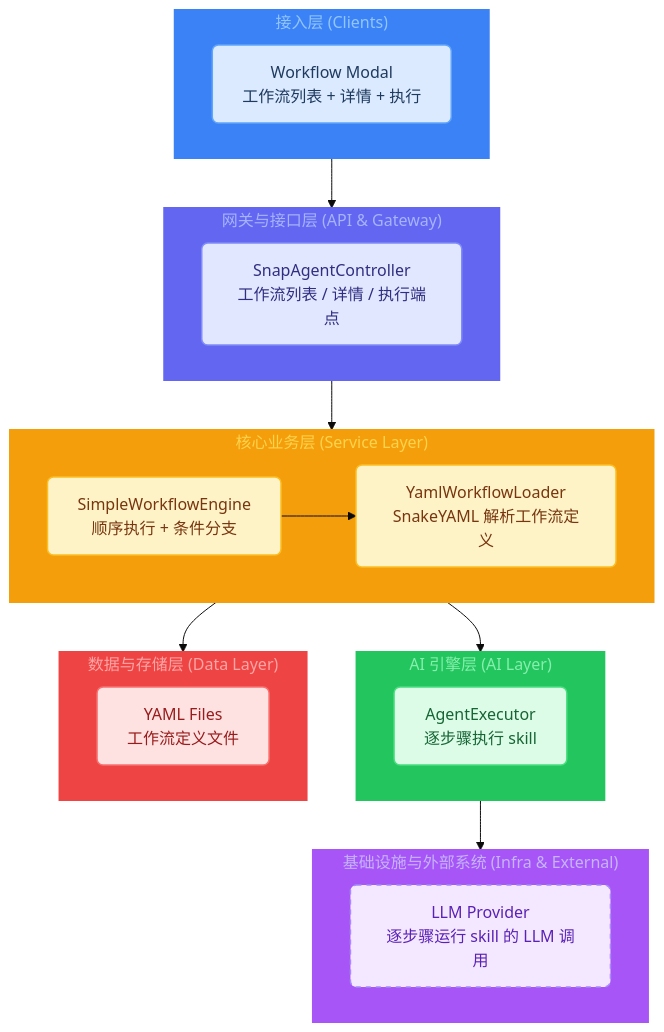
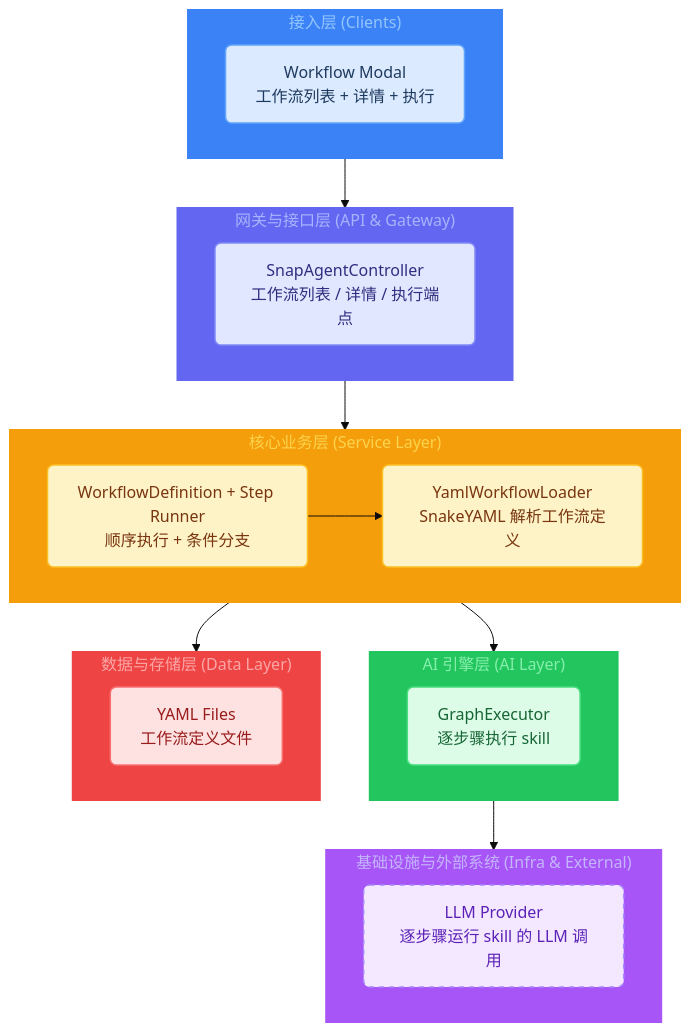
The diagram in docs/site/workflow/workflow-architecture.mmd (watson-song/snap-agent), drawn with Mermaid (base theme) before and after one commit. The commit also changed 47 other files, not shown here.

First line of the commit message:
docs: update all documentation for architecture deepening

```diff
--- a/docs/site/workflow/workflow-architecture.mmd
+++ b/docs/site/workflow/workflow-architecture.mmd
@@ -1,60 +1,60 @@
 graph TD
     %% ===== Glassmorphism Node Classes =====
     classDef client fill:#dbeafe,stroke:#60a5fa,stroke-width:1.5px,color:#1e3a5f,rx:6px,ry:6px
     classDef api fill:#e0e7ff,stroke:#818cf8,stroke-width:1.5px,color:#312e81,rx:6px,ry:6px
     classDef service fill:#fef3c7,stroke:#fbbf24,stroke-width:1.5px,color:#78350f,rx:6px,ry:6px
     classDef ai fill:#dcfce7,stroke:#4ade80,stroke-width:1.5px,color:#166534,rx:6px,ry:6px
     classDef storage fill:#fee2e2,stroke:#f87171,stroke-width:1.5px,color:#991b1b,rx:6px,ry:6px
     classDef external fill:#f3e8ff,stroke:#a78bfa,stroke-width:1.5px,stroke-dasharray: 5 5,color:#5b21b6,rx:6px,ry:6px
 
     subgraph Client ["接入层 (Clients)"]
         direction LR
         Modal["Workflow Modal<br/>工作流列表 + 详情 + 执行"]
     end
 
     subgraph Gateway ["网关与接口层 (API & Gateway)"]
         direction LR
         Controller["SnapAgentController<br/>工作流列表 / 详情 / 执行端点"]
     end
 
     subgraph Service ["核心业务层 (Service Layer)"]
         direction LR
-        Engine["SimpleWorkflowEngine<br/>顺序执行 + 条件分支"]
+        Engine["WorkflowDefinition + Step Runner<br/>顺序执行 + 条件分支"]
         Loader["YamlWorkflowLoader<br/>SnakeYAML 解析工作流定义"]
     end
 
     subgraph AI ["AI 引擎层 (AI Layer)"]
         direction LR
-        Executor["AgentExecutor<br/>逐步骤执行 skill"]
+        Executor["GraphExecutor<br/>逐步骤执行 skill"]
     end
 
     subgraph Data ["数据与存储层 (Data Layer)"]
         direction LR
         YAML["YAML Files<br/>工作流定义文件"]
     end
 
     subgraph External ["基础设施与外部系统 (Infra & External)"]
         direction LR
         LLM["LLM Provider<br/>逐步骤运行 skill 的 LLM 调用"]
     end
 
     Modal --> Controller
     Controller --> Engine
     Engine --> Loader
     Loader --> YAML
     Engine --> Executor
     Executor --> LLM
 
     style Client fill:#3b82f6,stroke:#3b82f6,stroke-width:2px,color:#93c5fd
     style Gateway fill:#6366f1,stroke:#6366f1,stroke-width:2px,color:#a5b4fc
     style Service fill:#f59e0b,stroke:#f59e0b,stroke-width:2px,color:#fcd34d
     style AI fill:#22c55e,stroke:#22c55e,stroke-width:2px,color:#86efac
     style Data fill:#ef4444,stroke:#ef4444,stroke-width:2px,color:#fca5a5
     style External fill:#a855f7,stroke:#a855f7,stroke-width:2px,color:#c4b5fd
 
     class Modal client
     class Controller api
     class Engine,Loader service
     class Executor ai
     class YAML storage
     class LLM external
```
